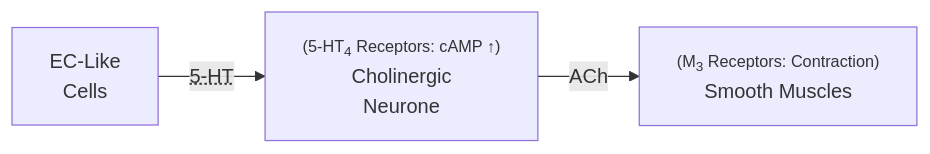
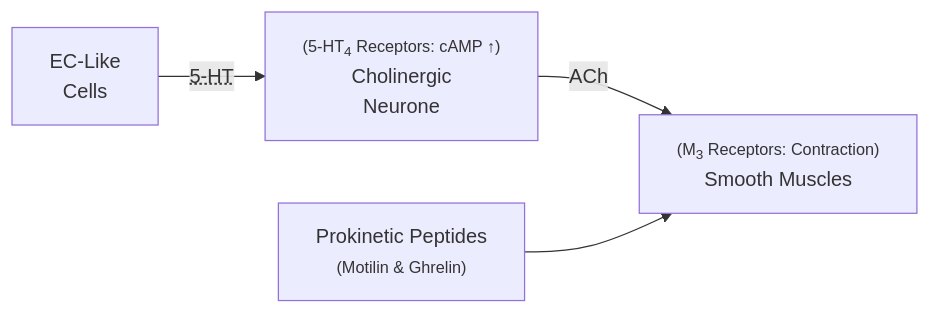
The first of 2 diagrams in Y3S2 SBMS2106 Pharmacology and Toxicology/Lecture 9.2 - (Gastrointestinal Pharmacology) Gastric Motility Drugs.md (catskin0106/BiomedStuff), drawn with Mermaid before and after one commit. The commit also changed other lines of this file, not shown here.

````diff
--- a/Y3S2 SBMS2106 Pharmacology and Toxicology/Lecture 9.2 - (Gastrointestinal Pharmacology) Gastric Motility Drugs.md
+++ b/Y3S2 SBMS2106 Pharmacology and Toxicology/Lecture 9.2 - (Gastrointestinal Pharmacology) Gastric Motility Drugs.md
@@ -17,4 +17,5 @@
 ```mermaid
 flowchart LR
 	A["EC-Like<br>Cells"]--<abbr Title="Serotonin">5-HT</abbr>-->B["<font size="2">(5-HT<sub>4</sub> Receptors: cAMP ↑)</font><br>Cholinergic<br>Neurone"]--ACh-->C["<font size="2">(M<sub>3</sub> Receptors: Contraction)</font><br>Smooth Muscles"]
+	D["Prokinetic Peptides<br><font size="2">(Motilin & Ghrelin)</font>"]-->C
 ```
````
